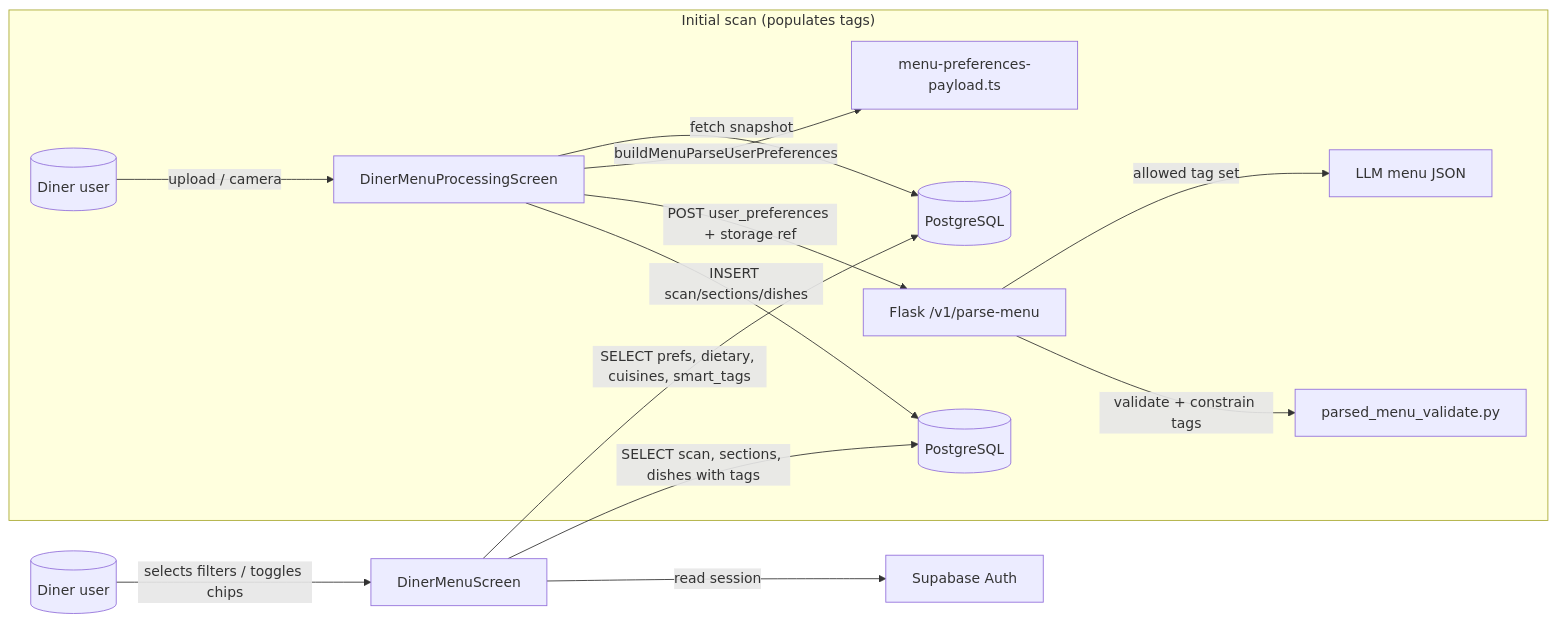
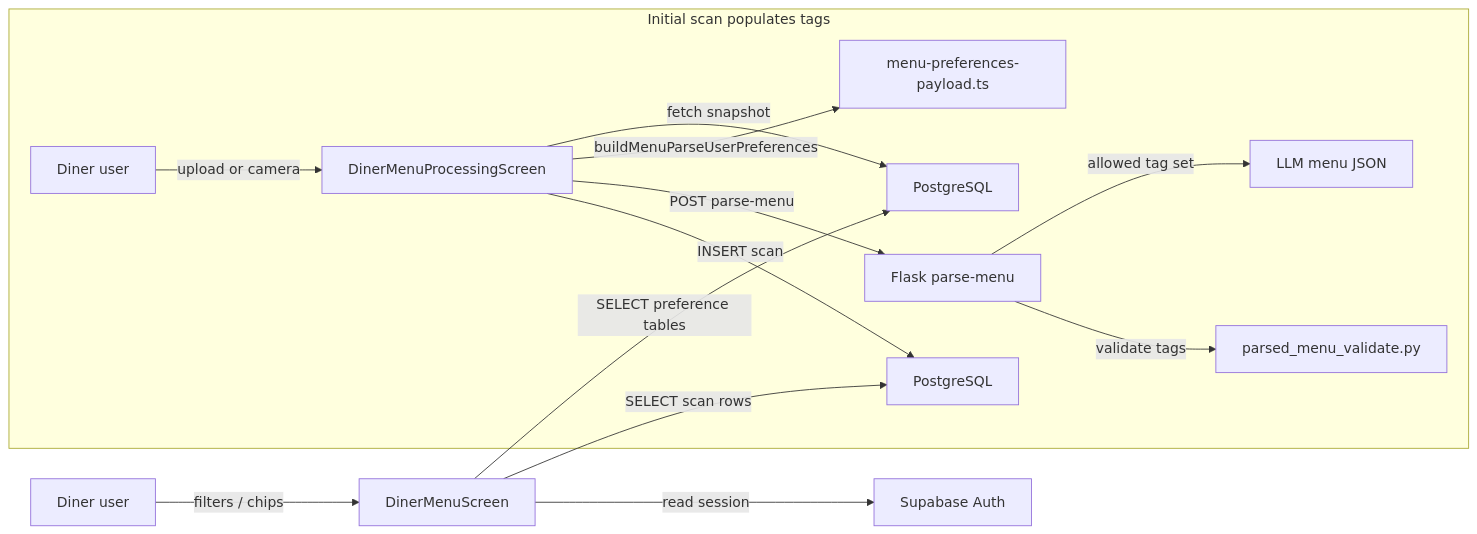
One commit to qianxuege/PickMyPlate2 changed the second of 3 diagrams in docs/dev-spec-us4-dish-filtering-preferences.md. Above: the diagram before and after it, drawn with Mermaid. The commit also changed other lines of this file, not shown here.

````diff
--- a/docs/dev-spec-us4-dish-filtering-preferences.md
+++ b/docs/dev-spec-us4-dish-filtering-preferences.md
@@ -74,17 +72,17 @@
 ```mermaid
 flowchart LR
-  U[("Diner user")] -->|selects filters / toggles chips| UI["DinerMenuScreen"]
-  UI -->|read session| AUTH["Supabase Auth"]
-  UI -->|SELECT prefs, dietary, cuisines, smart_tags| PREF_DB[("PostgreSQL")]
-  UI -->|SELECT scan, sections, dishes with tags| SCAN_DB[("PostgreSQL")]
+  U[Diner user] -->|filters / chips| UI[DinerMenuScreen]
+  UI -->|read session| AUTH[Supabase Auth]
+  UI -->|SELECT preference tables| PREF_DB[PostgreSQL]
+  UI -->|SELECT scan rows| SCAN_DB[PostgreSQL]
 
-  subgraph ParsePath["Initial scan (populates tags)"]
-    U2[("Diner user")] -->|upload / camera| PROC["DinerMenuProcessingScreen"]
+  subgraph ParsePath[Initial scan populates tags]
+    U2[Diner user] -->|upload or camera| PROC[DinerMenuProcessingScreen]
     PROC -->|fetch snapshot| PREF_DB
-    PROC -->|buildMenuParseUserPreferences| MP["menu-preferences-payload.ts"]
-    PROC -->|POST user_preferences + storage ref| API["Flask /v1/parse-menu"]
-    API -->|allowed tag set| LLM["LLM menu JSON"]
-    API -->|validate + constrain tags| VAL["parsed_menu_validate.py"]
-    PROC -->|INSERT scan/sections/dishes| SCAN_DB
+    PROC -->|buildMenuParseUserPreferences| MP[menu-preferences-payload.ts]
+    PROC -->|POST parse-menu| FLASK_API[Flask parse-menu]
+    FLASK_API -->|allowed tag set| LLM[LLM menu JSON]
+    FLASK_API -->|validate tags| VAL[parsed_menu_validate.py]
+    PROC -->|INSERT scan| SCAN_DB
   end
 ```
````
